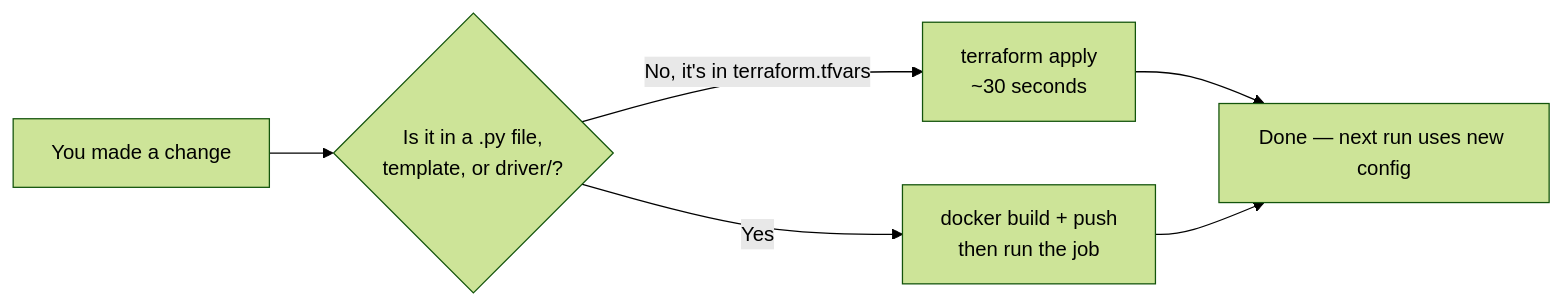
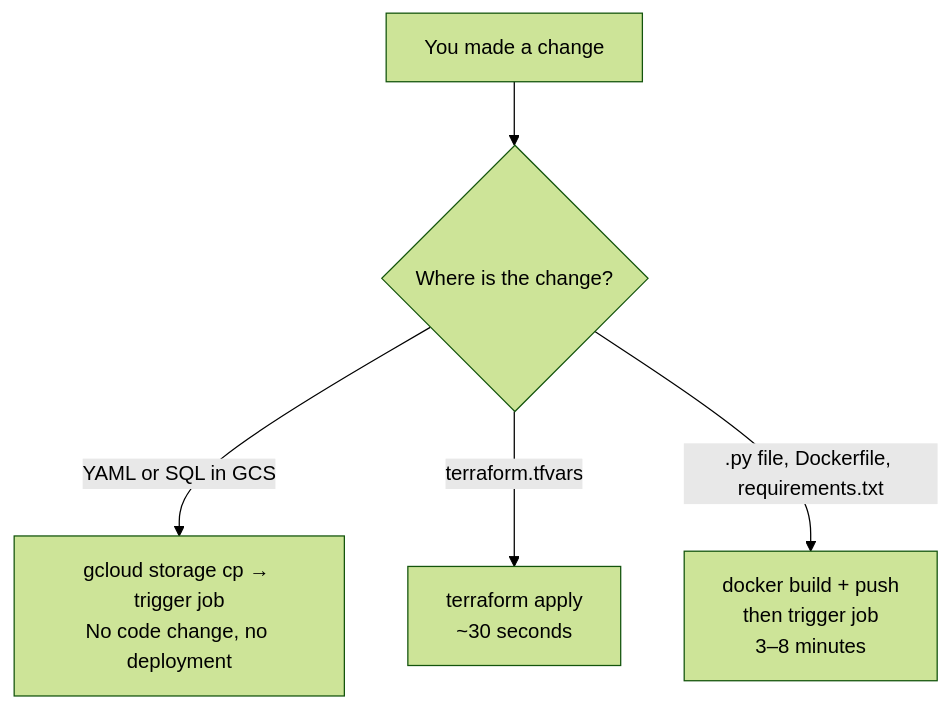
The fifth of 5 diagrams in docs/FRONTEND_GUIDE.md (Parasol-Group-Inc/plex-to-big-query), drawn with Mermaid (forest theme) before and after one commit. The commit also changed other lines of this file and 9 other files, not shown here.

````diff
--- a/docs/FRONTEND_GUIDE.md
+++ b/docs/FRONTEND_GUIDE.md
@@ -434,8 +296,7 @@
 ```mermaid
-flowchart LR
-    change[You made a change] --> q1{Is it in a .py file,\ntemplate, or driver/?}
-    q1 -->|Yes| rebuild[docker build + push\nthen run the job]
-    q1 -->|No, it's in terraform.tfvars| apply[terraform apply\n~30 seconds]
-    apply --> done[Done — next run uses new config]
-    rebuild --> done
+flowchart TD
+    change[You made a change] --> q1{Where is the change?}
+    q1 -->|YAML or SQL in GCS| gcs["gcloud storage cp → trigger job\nNo code change, no deployment"]
+    q1 -->|terraform.tfvars| apply["terraform apply\n~30 seconds"]
+    q1 -->|.py file, Dockerfile, requirements.txt| rebuild["docker build + push\nthen trigger job\n3–8 minutes"]
 ```
````
